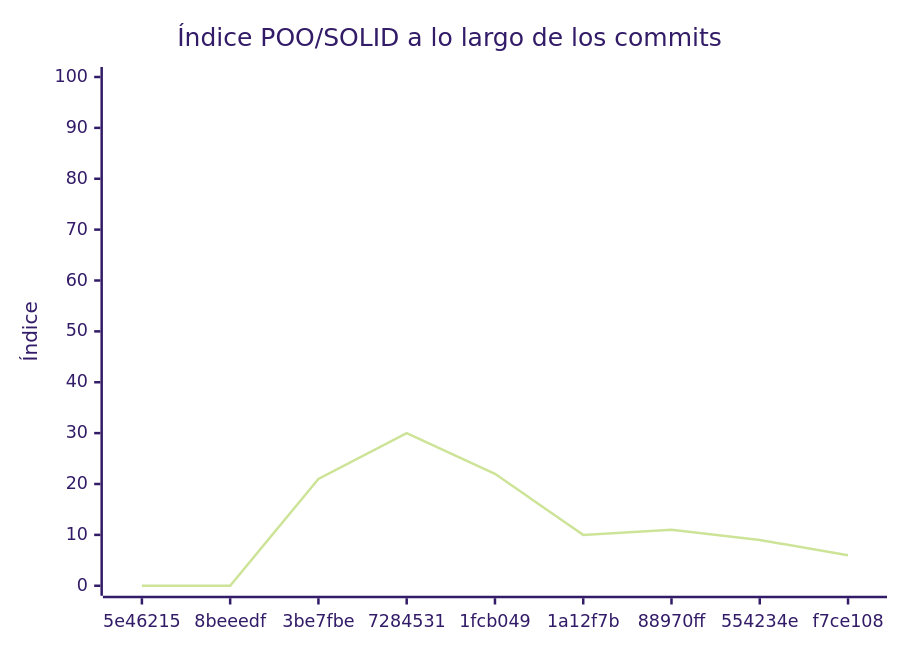
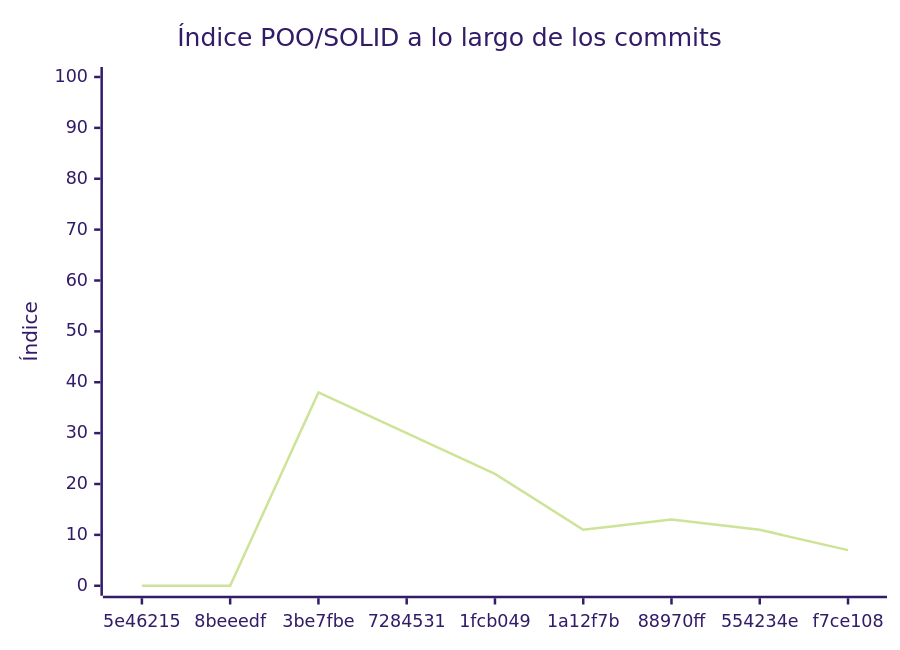
Before and after one commit to Stark-Industries123/PROYECTO-FINAL-EUYIN: the diagram in docs/EVALUACION.md, drawn with Mermaid (forest theme). The commit also changed other lines of this file and 1 other file, not shown here.

````diff
--- a/docs/EVALUACION.md
+++ b/docs/EVALUACION.md
@@ -229,7 +225,7 @@
 ```mermaid
 xychart-beta
     title "Índice POO/SOLID a lo largo de los commits"
     x-axis ["5e46215", "8beeedf", "3be7fbe", "7284531", "1fcb049", "1a12f7b", "88970ff", "554234e", "f7ce108"]
     y-axis "Índice" 0 --> 100
-    line [0, 0, 21, 30, 22, 10, 11, 9, 6]
+    line [0, 0, 38, 30, 22, 11, 13, 11, 7]
 ```
````
